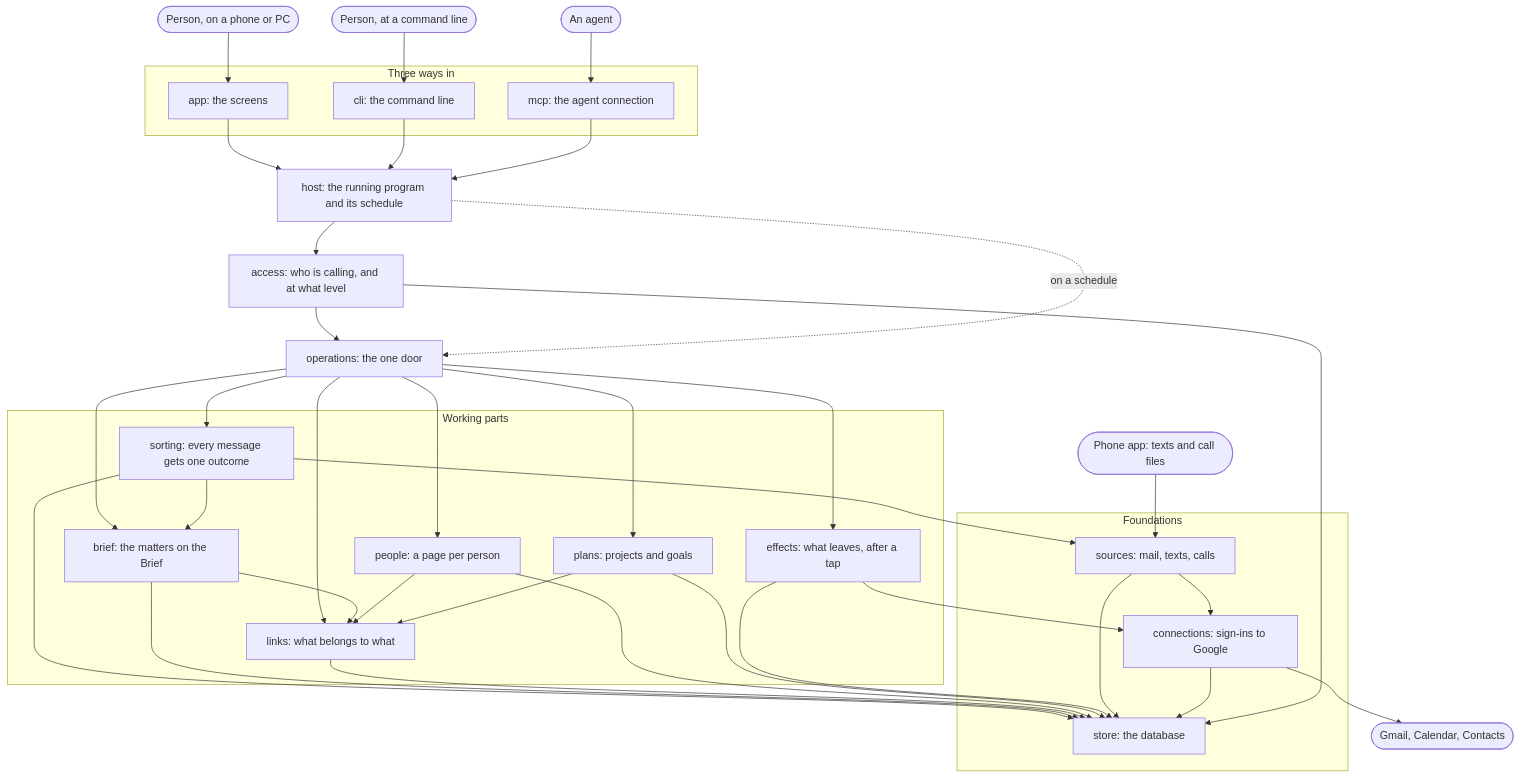
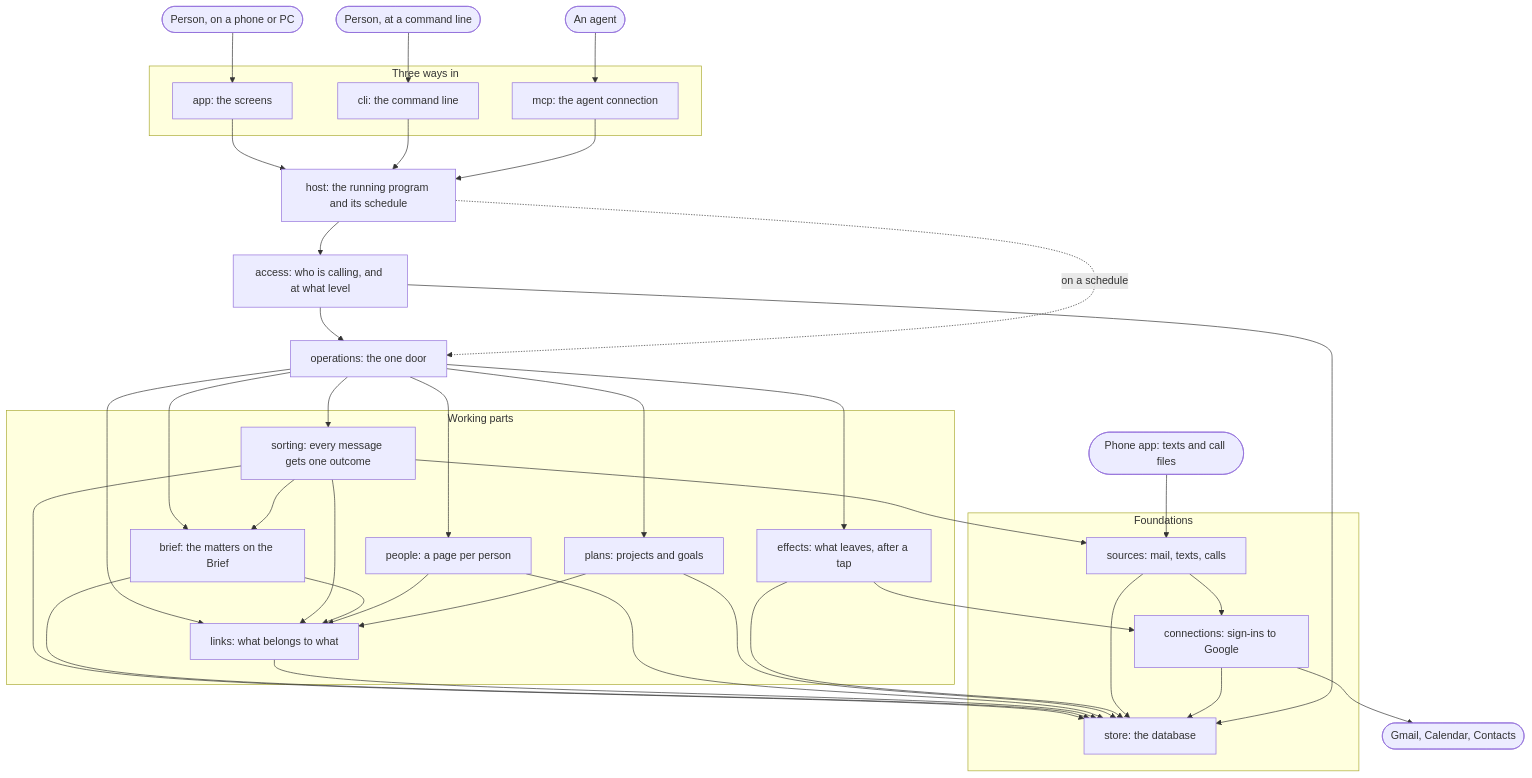
The diagram in map/target.md (diligent-communications/diligent-communications), drawn with Mermaid before and after one commit. The commit also changed other lines of this file and 23 other files, not shown here.

````diff
--- a/map/target.md
+++ b/map/target.md
@@ -23,50 +23,51 @@
 ```mermaid
 flowchart TB
   person([Person, on a phone or PC])
   term([Person, at a command line])
   agent([An agent])
   phone([Phone app: texts and call files])
 
   subgraph ways[Three ways in]
     app[app: the screens]
     cli[cli: the command line]
     mcp[mcp: the agent connection]
   end
 
   host[host: the running program and its schedule]
   access[access: who is calling, and at what level]
   ops[operations: the one door]
 
   subgraph work[Working parts]
     sorting[sorting: every message gets one outcome]
     brief[brief: the matters on the Brief]
     links[links: what belongs to what]
     people[people: a page per person]
     plans[plans: projects and goals]
     effects[effects: what leaves, after a tap]
   end
 
   subgraph base[Foundations]
     sources[sources: mail, texts, calls]
     connections[connections: sign-ins to Google]
     store[store: the database]
   end
 
   google([Gmail, Calendar, Contacts])
 
   person --> app
   term --> cli
   agent --> mcp
   app & cli & mcp --> host
   host --> access --> ops
   host -. on a schedule .-> ops
   ops --> sorting & brief & links & people & plans & effects
   sorting --> sources
   sorting --> brief
+  sorting --> links
   brief & people & plans --> links
   sources --> connections
   effects --> connections
   connections --> google
   phone --> sources
   sorting & brief & links & people & plans & effects & sources & connections & access --> store
 ```
````
